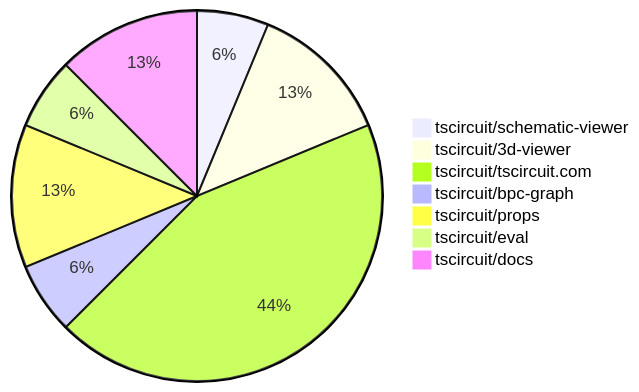
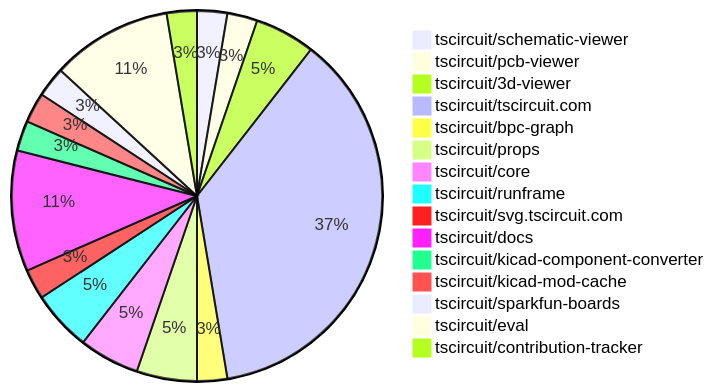
The first of 2 diagrams in README.md (tscircuit/contribution-tracker), drawn with Mermaid before and after one commit. The commit also changed other lines of this file and 3 other files, not shown here.

````diff
--- a/README.md
+++ b/README.md
@@ -29,10 +29,18 @@
 ```mermaid
 pie
     "tscircuit/schematic-viewer" : 1
+    "tscircuit/pcb-viewer" : 1
     "tscircuit/3d-viewer" : 2
-    "tscircuit/tscircuit.com" : 7
+    "tscircuit/tscircuit.com" : 14
     "tscircuit/bpc-graph" : 1
     "tscircuit/props" : 2
-    "tscircuit/eval" : 1
-    "tscircuit/docs" : 2
+    "tscircuit/core" : 2
+    "tscircuit/runframe" : 2
+    "tscircuit/svg.tscircuit.com" : 1
+    "tscircuit/docs" : 4
+    "tscircuit/kicad-component-converter" : 1
+    "tscircuit/kicad-mod-cache" : 1
+    "tscircuit/sparkfun-boards" : 1
+    "tscircuit/eval" : 4
+    "tscircuit/contribution-tracker" : 1
 ```
````
